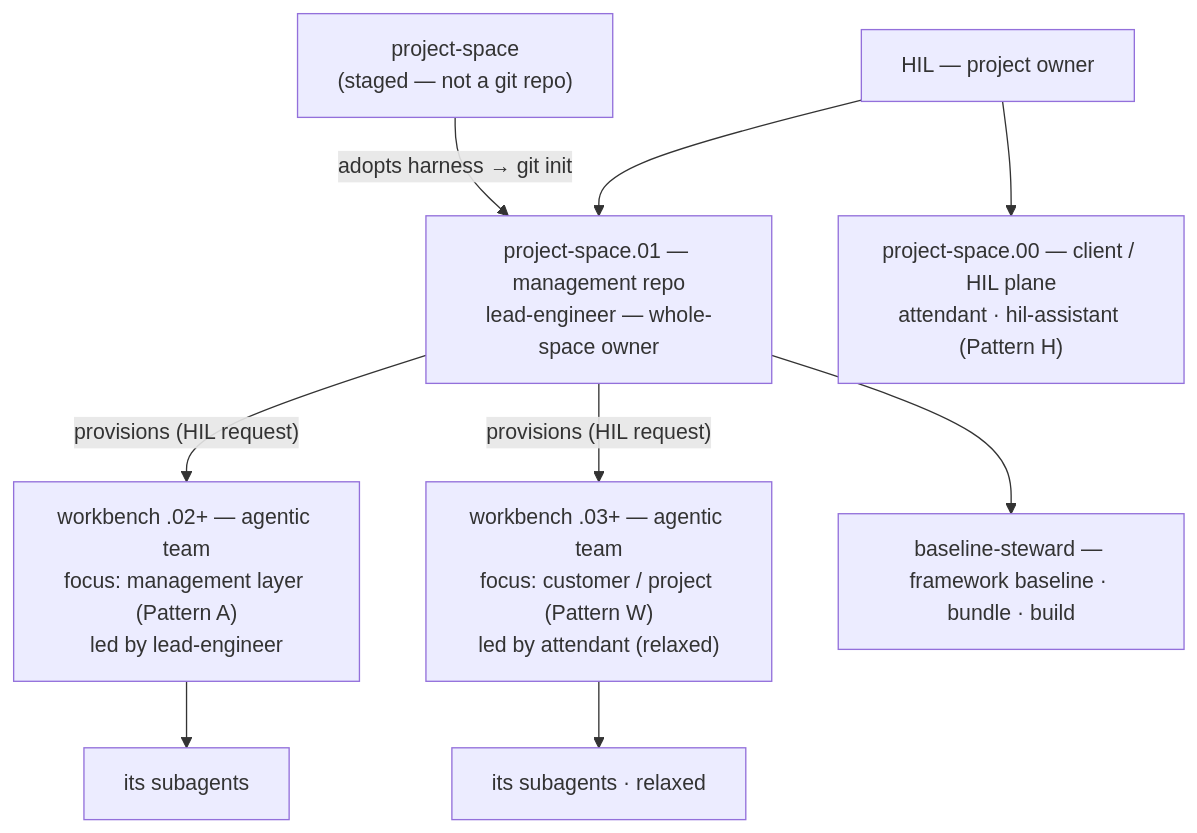
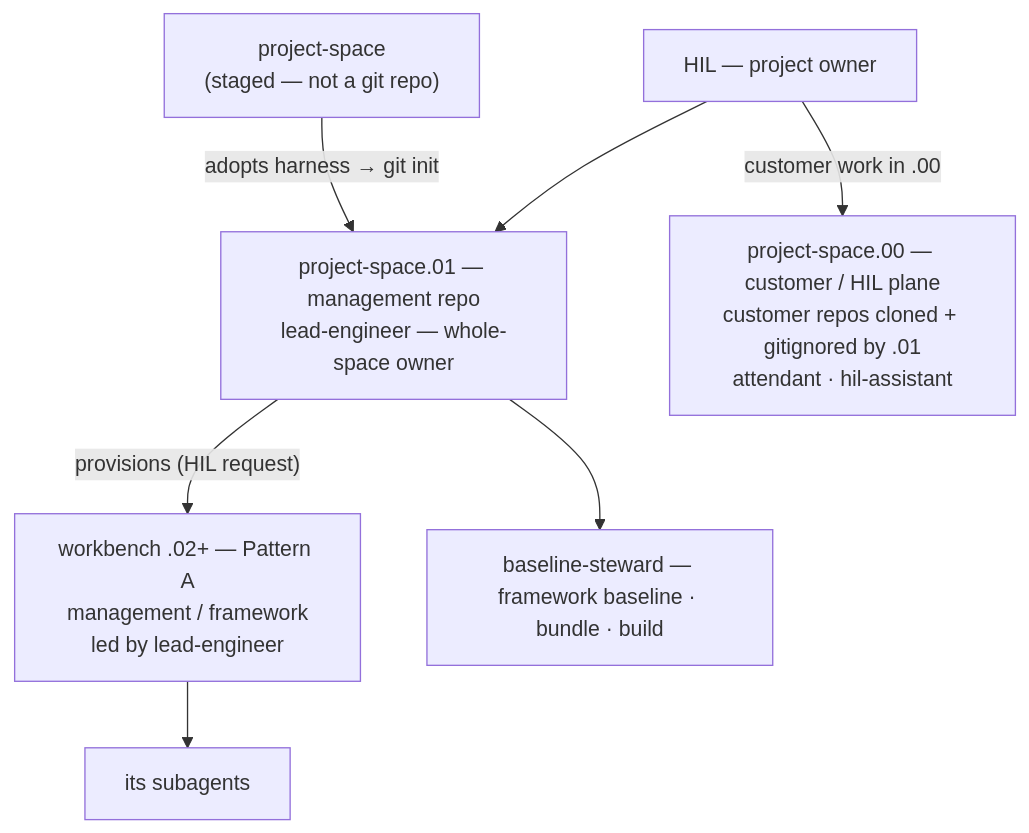
The first of 4 diagrams in mddocs/onboarding/visual-overview.md (sworley/AgenticCore), drawn with Mermaid before and after one commit. The commit also changed other lines of this file and 4 other files, not shown here.

First line of the commit message:
docs: document customer/project plane provisioning (two-plane model)

````diff
--- a/mddocs/onboarding/visual-overview.md
+++ b/mddocs/onboarding/visual-overview.md
@@ -22,18 +26,16 @@
 ```mermaid
 flowchart TD
     P["project-space<br/>(staged — not a git repo)"] -->|"adopts harness → git init"| ONE
 
     HIL["HIL — project owner"] --> ONE
-    HIL --> ZERO
+    HIL -->|"customer work in .00"| ZERO
 
     ONE["project-space.01 — management repo<br/>lead-engineer — whole-space owner"]
 
-    ZERO["project-space.00 — client / HIL plane<br/>attendant · hil-assistant (Pattern H)"]
+    ZERO["project-space.00 — customer / HIL plane<br/>customer repos cloned + gitignored by .01<br/>attendant · hil-assistant"]
 
-    ONE -->|"provisions (HIL request)"| A2["workbench .02+ — agentic team<br/>focus: management layer (Pattern A)<br/>led by lead-engineer"]
-    ONE -->|"provisions (HIL request)"| W2["workbench .03+ — agentic team<br/>focus: customer / project (Pattern W)<br/>led by attendant (relaxed)"]
+    ONE -->|"provisions (HIL request)"| A2["workbench .02+ — Pattern A<br/>management / framework<br/>led by lead-engineer"]
     A2 --> SA[its subagents]
-    W2 --> SW[its subagents · relaxed]
 
     ONE --> BS[baseline-steward — framework baseline · bundle · build]
 ```
````
